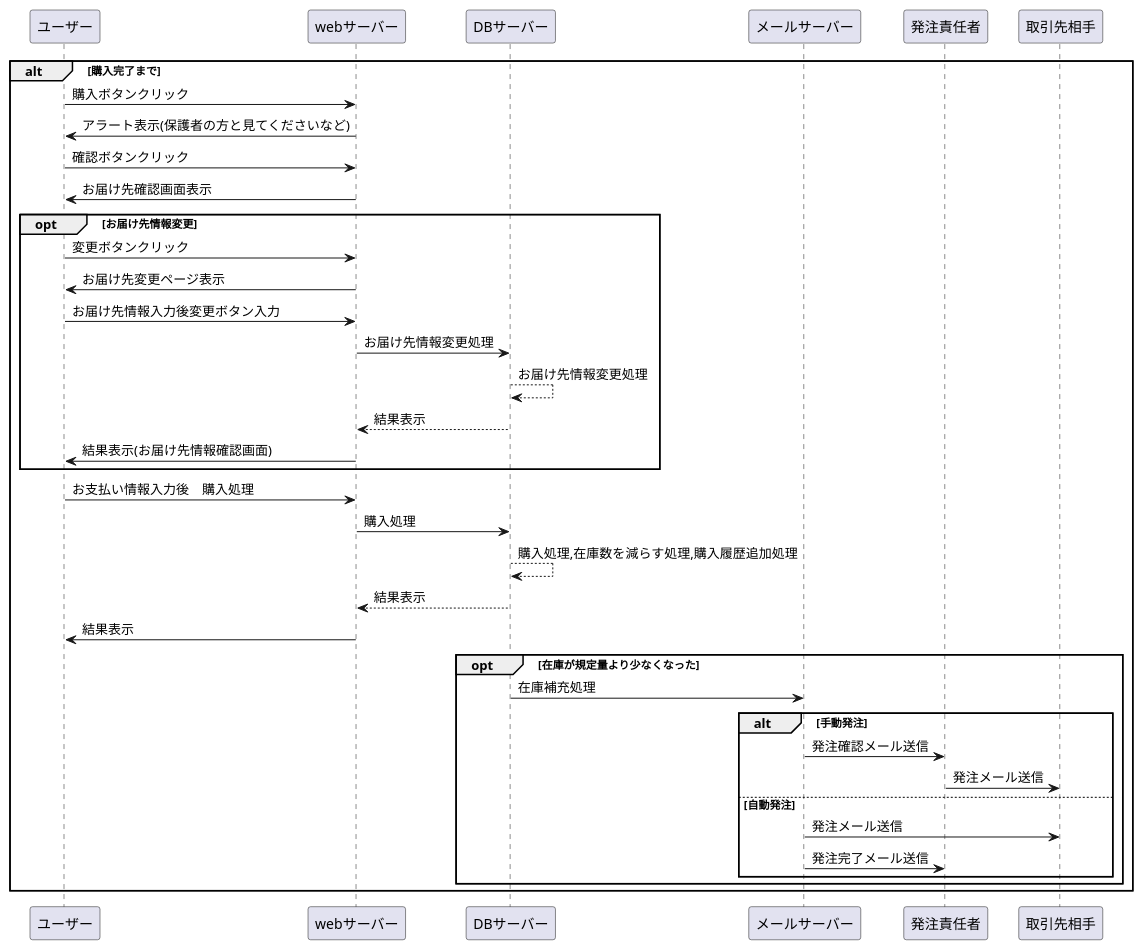
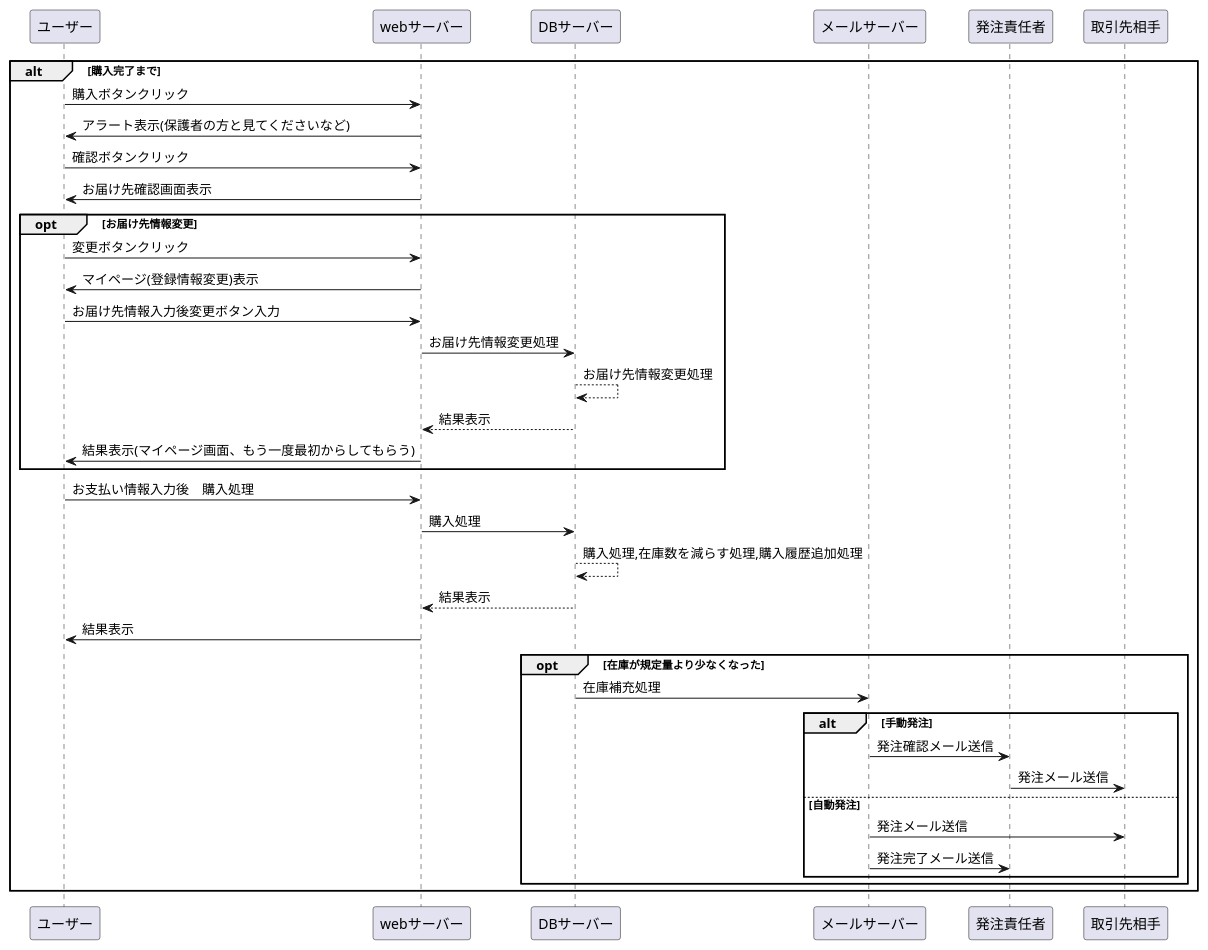
The diagram in 業務フロー図/flow3.md (aso2001036/kaihatu), drawn with PlantUML before and after one commit.

````diff
--- a/業務フロー図/flow3.md
+++ b/業務フロー図/flow3.md
@@ -1,37 +1,37 @@
 ```uml
 @startuml
 alt 購入完了まで
 
 ユーザー -> webサーバー : 購入ボタンクリック
 webサーバー -> ユーザー : アラート表示(保護者の方と見てくださいなど)
 ユーザー -> webサーバー : 確認ボタンクリック
 webサーバー -> ユーザー : お届け先確認画面表示
 
 opt お届け先情報変更
 ユーザー -> webサーバー : 変更ボタンクリック
-webサーバー -> ユーザー : お届け先変更ページ表示
+webサーバー -> ユーザー : マイページ(登録情報変更)表示
 ユーザー -> webサーバー : お届け先情報入力後変更ボタン入力
 webサーバー -> DBサーバー: お届け先情報変更処理
 DBサーバー --> DBサーバー : お届け先情報変更処理
 DBサーバー --> webサーバー: 結果表示
-webサーバー -> ユーザー : 結果表示(お届け先情報確認画面)
+webサーバー -> ユーザー : 結果表示(マイページ画面、もう一度最初からしてもらう)
 end
 
 ユーザー -> webサーバー : お支払い情報入力後　購入処理
 webサーバー -> DBサーバー: 購入処理
 DBサーバー --> DBサーバー : 購入処理,在庫数を減らす処理,購入履歴追加処理
 DBサーバー --> webサーバー: 結果表示
 webサーバー -> ユーザー : 結果表示
 opt 在庫が規定量より少なくなった
 DBサーバー -> メールサーバー : 在庫補充処理
 alt 手動発注
 メールサーバー -> 発注責任者 : 発注確認メール送信
 発注責任者 -> 取引先相手 : 発注メール送信
 else 自動発注
 メールサーバー -> 取引先相手 : 発注メール送信
 メールサーバー -> 発注責任者 : 発注完了メール送信
 end
 end
 end
 @enduml
 ```
````
